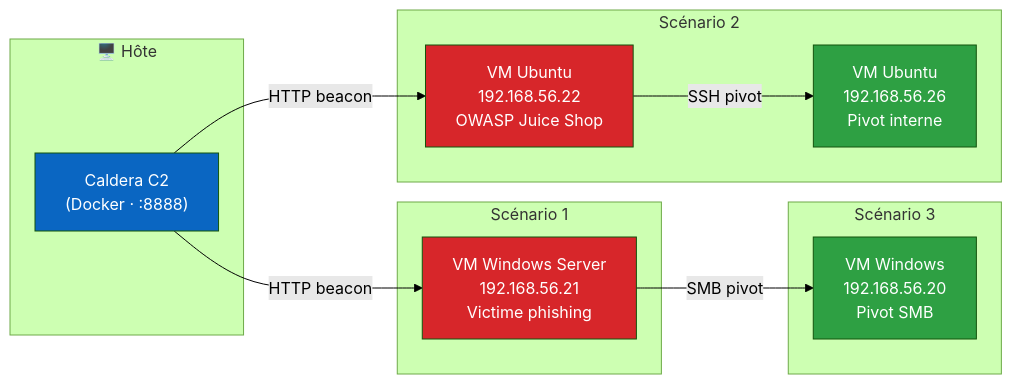
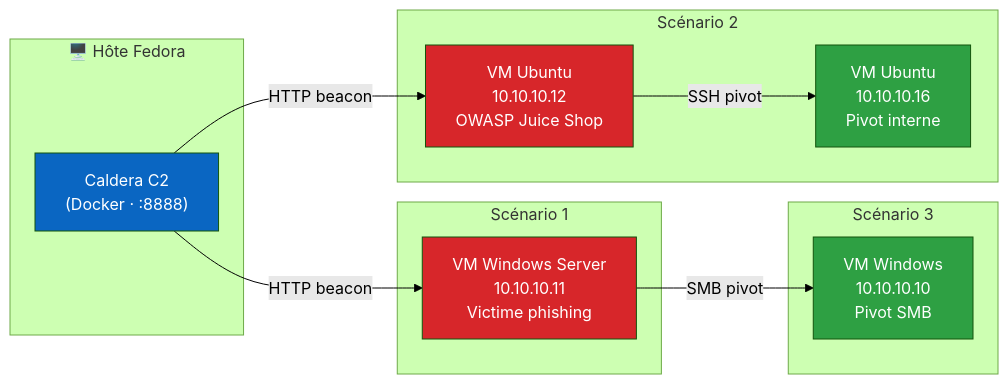
The first of 4 diagrams in README.md (SALMA-ESSAOUD/Adversary-Emulation-Lab-Caldera-MITRE-ATT-CK), drawn with Mermaid (forest theme) before and after one commit. The commit also changed other lines of this file, not shown here.

````diff
--- a/README.md
+++ b/README.md
@@ -42,30 +42,30 @@
 ```mermaid
 flowchart LR
-    subgraph HOST["🖥️ Hôte "]
+    subgraph HOST["🖥️ Hôte Fedora"]
         C2["Caldera C2\n(Docker · :8888)"]
     end
 
     subgraph S1["Scénario 1"]
-        WIN1["VM Windows Server\n192.168.56.21\nVictime phishing"]
+        WIN1["VM Windows Server\n10.10.10.11\nVictime phishing"]
     end
 
     subgraph S2["Scénario 2"]
-        UB1["VM Ubuntu\n192.168.56.22\nOWASP Juice Shop"]
-        UB2["VM Ubuntu\n192.168.56.26\nPivot interne"]
+        UB1["VM Ubuntu\n10.10.10.12\nOWASP Juice Shop"]
+        UB2["VM Ubuntu\n10.10.10.16\nPivot interne"]
     end
 
     subgraph S3["Scénario 3"]
-        WIN2["VM Windows\n192.168.56.20\nPivot SMB"]
+        WIN2["VM Windows\n10.10.10.10\nPivot SMB"]
     end
 
     C2 -->|HTTP beacon| WIN1
     C2 -->|HTTP beacon| UB1
     UB1 -->|SSH pivot| UB2
     WIN1 -->|SMB pivot| WIN2
 
     style C2 fill:#0A66C2,color:#fff
     style WIN1 fill:#D7262A,color:#fff
     style UB1 fill:#D7262A,color:#fff
     style UB2 fill:#2EA043,color:#fff
     style WIN2 fill:#2EA043,color:#fff
 ```
````
